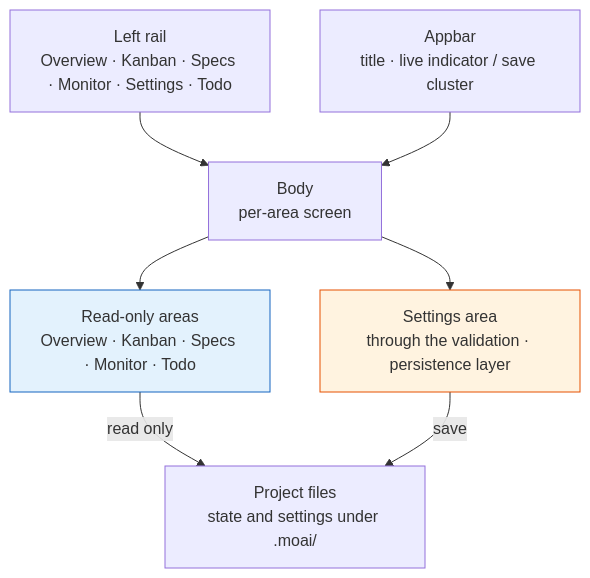
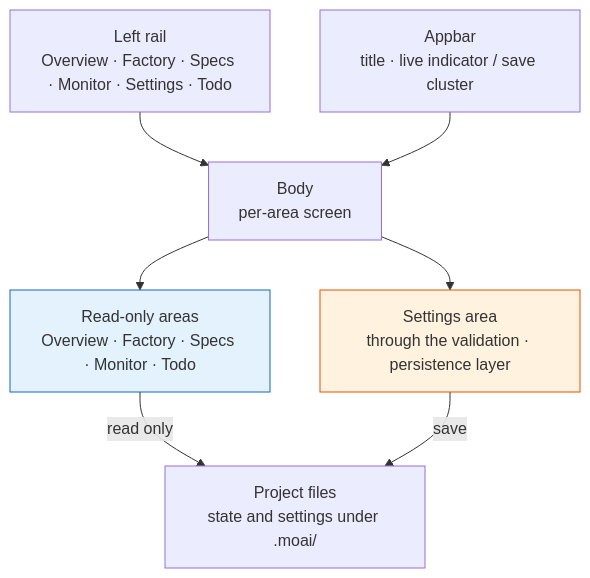
Before and after one commit to modu-ai/moai-adk: the diagram in docs-site/content/en/advanced/moai-web-console.md, drawn with Mermaid. The commit also changed other lines of this file and 61 other files, not shown here.

````diff
--- a/docs-site/content/en/advanced/moai-web-console.md
+++ b/docs-site/content/en/advanced/moai-web-console.md
@@ -32,19 +32,19 @@
 ```mermaid
 flowchart TD
-    Rail["Left rail<br/>Overview · Kanban · Specs · Monitor · Settings · Todo"]
+    Rail["Left rail<br/>Overview · Factory · Specs · Monitor · Settings · Todo"]
     Top["Appbar<br/>title · live indicator / save cluster"]
     Body["Body<br/>per-area screen"]
-    Read["Read-only areas<br/>Overview · Kanban · Specs · Monitor · Todo"]
+    Read["Read-only areas<br/>Overview · Factory · Specs · Monitor · Todo"]
     Write["Settings area<br/>through the validation · persistence layer"]
     Files["Project files<br/>state and settings under .moai/"]
 
     Rail --> Body
     Top --> Body
     Body --> Read
     Body --> Write
     Read -->|read only| Files
     Write -->|save| Files
 
     style Read fill:#E3F2FD,stroke:#1565C0
     style Write fill:#FFF3E0,stroke:#E65100
 ```
````
